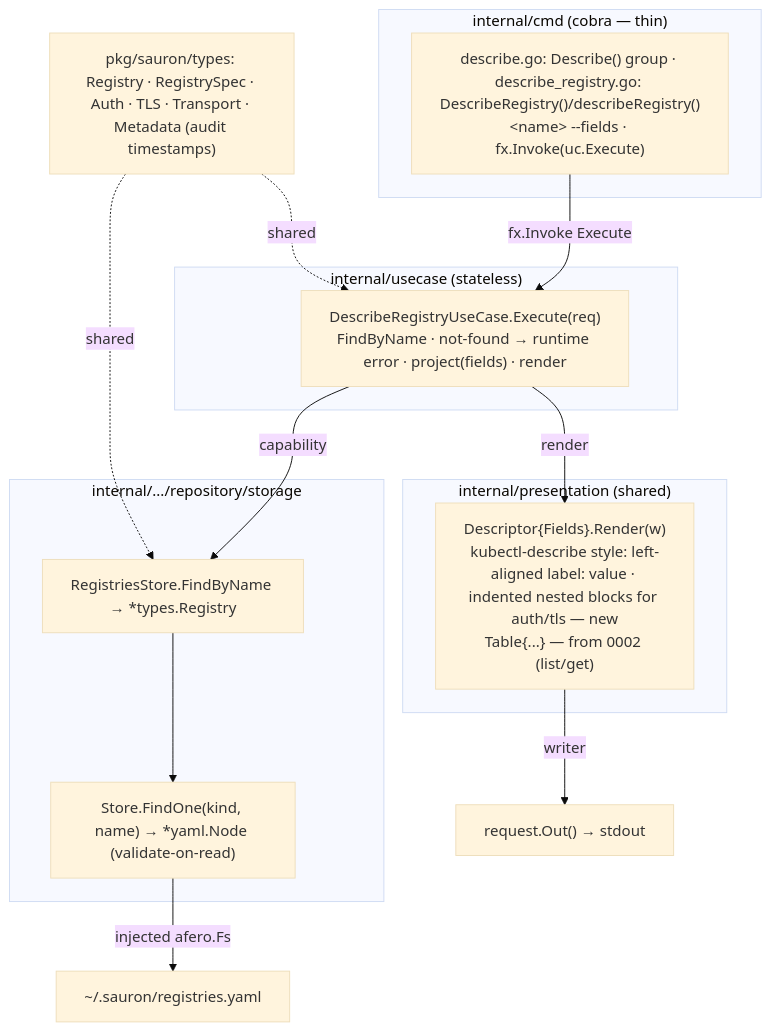
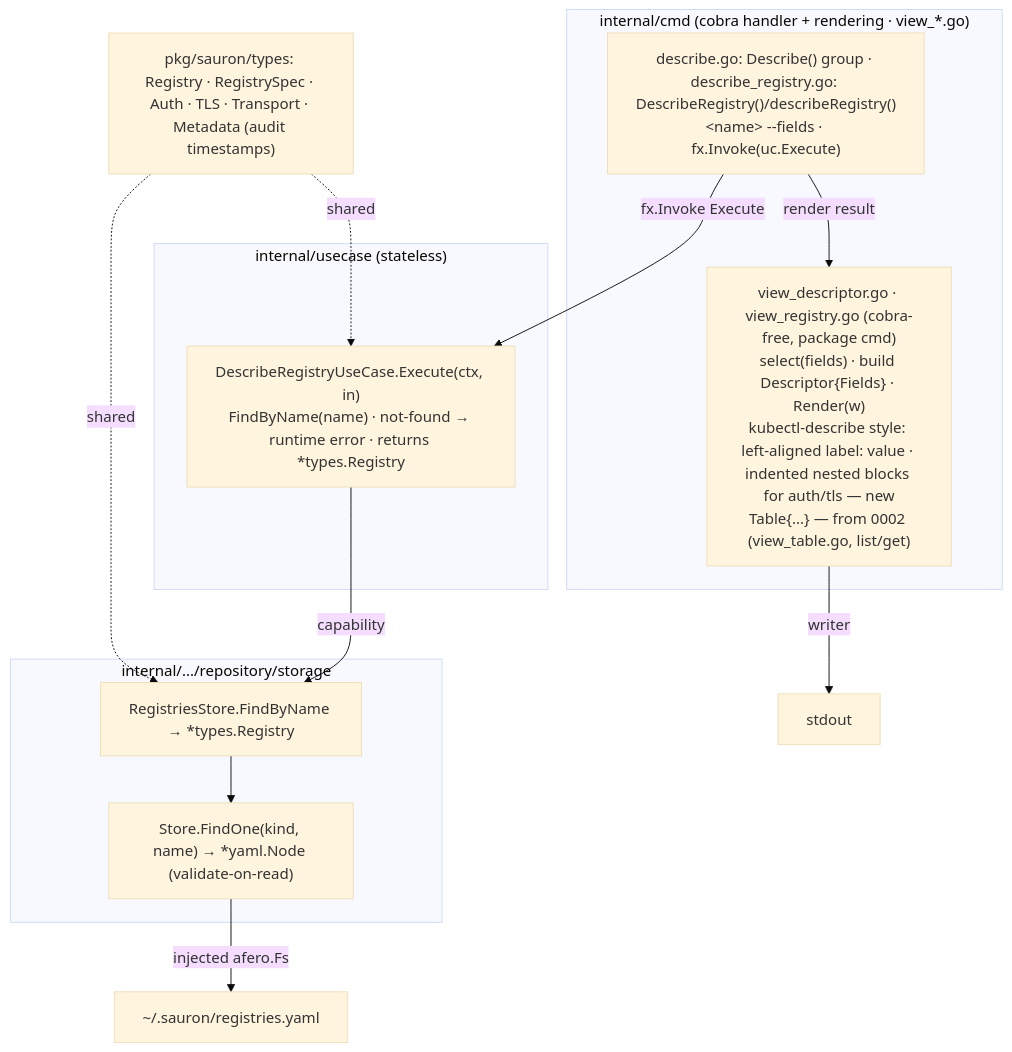
Before and after one commit to Delfimarime/sauron: the diagram in spec/0003-describe-registry/plan.md, drawn with Mermaid (base theme). The commit also changed other lines of this file and 36 other files, not shown here.

````diff
--- a/spec/0003-describe-registry/plan.md
+++ b/spec/0003-describe-registry/plan.md
@@ -76,26 +77,24 @@
 ```mermaid
 graph TD
-  subgraph cmd["internal/cmd (cobra — thin)"]
+  subgraph cmd["internal/cmd (cobra handler + rendering · view_*.go)"]
     DR["describe.go: Describe() group · describe_registry.go: DescribeRegistry()/describeRegistry()<br/>&lt;name&gt; --fields · fx.Invoke(uc.Execute)"]
+    D["view_descriptor.go · view_registry.go (cobra-free, package cmd)<br/>select(fields) · build Descriptor{Fields} · Render(w)<br/>kubectl-describe style: left-aligned label: value · indented nested blocks for auth/tls — new<br/>Table{...} — from 0002 (view_table.go, list/get)"]
   end
   subgraph uc["internal/usecase (stateless)"]
-    UC["DescribeRegistryUseCase.Execute(req)<br/>FindByName · not-found → runtime error · project(fields) · render"]
-  end
-  subgraph pres["internal/presentation (shared)"]
-    D["Descriptor{Fields}.Render(w)<br/>kubectl-describe style: left-aligned label: value · indented nested blocks for auth/tls — new<br/>Table{...} — from 0002 (list/get)"]
+    UC["DescribeRegistryUseCase.Execute(ctx, in)<br/>FindByName(name) · not-found → runtime error · returns *types.Registry"]
   end
   subgraph store["internal/.../repository/storage"]
     RS["RegistriesStore.FindByName → *types.Registry"]
     ST["Store.FindOne(kind, name) → *yaml.Node (validate-on-read)"]
   end
   TYPES["pkg/sauron/types: Registry · RegistrySpec · Auth · TLS · Transport · Metadata (audit timestamps)"]
 
   DR -->|fx.Invoke Execute| UC
   UC -->|capability| RS
-  UC -->|render| D
   RS --> ST
   ST -->|injected afero.Fs| HOME["~/.sauron/registries.yaml"]
-  D -->|writer| OUT["request.Out() → stdout"]
+  DR -->|render result| D
+  D -->|writer| OUT["stdout"]
   TYPES -.shared.-> UC
   TYPES -.shared.-> RS
 ```
````
